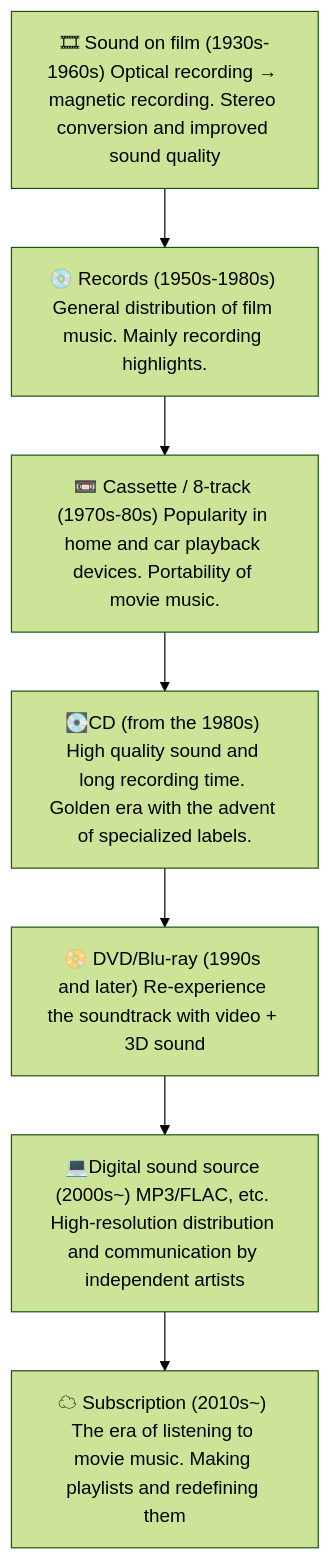
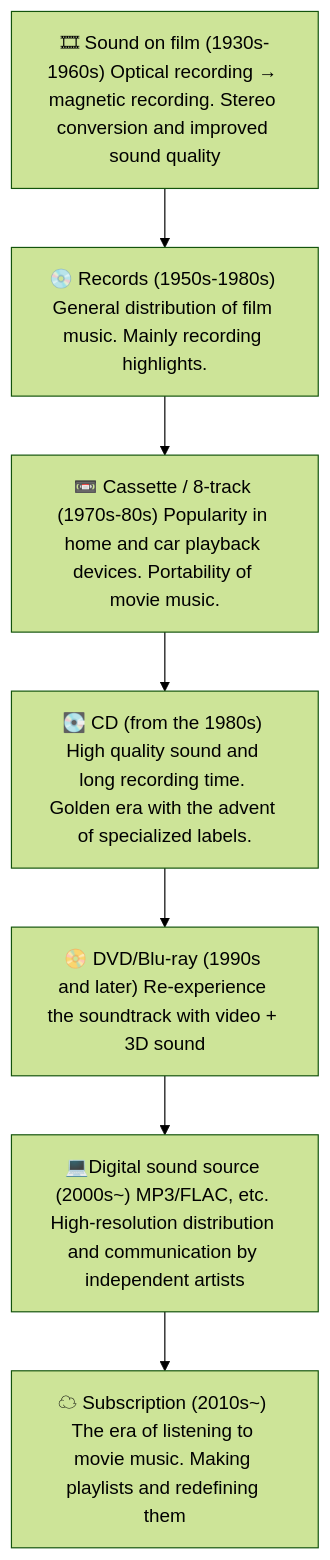
One commit to monumental-movement/monumental-movement.github.io changed the diagram in en/_posts/2025-07-17-Column-Soundtrack.md. Above: the diagram before and after it, drawn with Mermaid (forest theme). The commit also changed other lines of this file and 395 other files, not shown here.

```diff
--- a/en/_posts/2025-07-17-Column-Soundtrack.md
+++ b/en/_posts/2025-07-17-Column-Soundtrack.md
@@ -102,14 +102,14 @@
 <div class="mermaid">
 
 flowchart TD
   A["🎞 Sound on film (1930s-1960s) Optical recording → magnetic recording. Stereo conversion and improved sound quality"]
   B["💿 Records (1950s-1980s) General distribution of film music. Mainly recording highlights."]
   C["📼 Cassette / 8-track (1970s-80s) Popularity in home and car playback devices. Portability of movie music."]
-  D["💽CD (from the 1980s) High quality sound and long recording time. Golden era with the advent of specialized labels."]
+  D["💽 CD (from the 1980s) High quality sound and long recording time. Golden era with the advent of specialized labels."]
   E["📀 DVD/Blu-ray (1990s and later) Re-experience the soundtrack with video + 3D sound"]
   F["💻Digital sound source (2000s~) MP3/FLAC, etc. High-resolution distribution and communication by independent artists"]
   G["☁ Subscription (2010s~) The era of listening to movie music. Making playlists and redefining them"]
 
   A --> B --> C --> D --> E --> F --> G
 
 </div>
```
